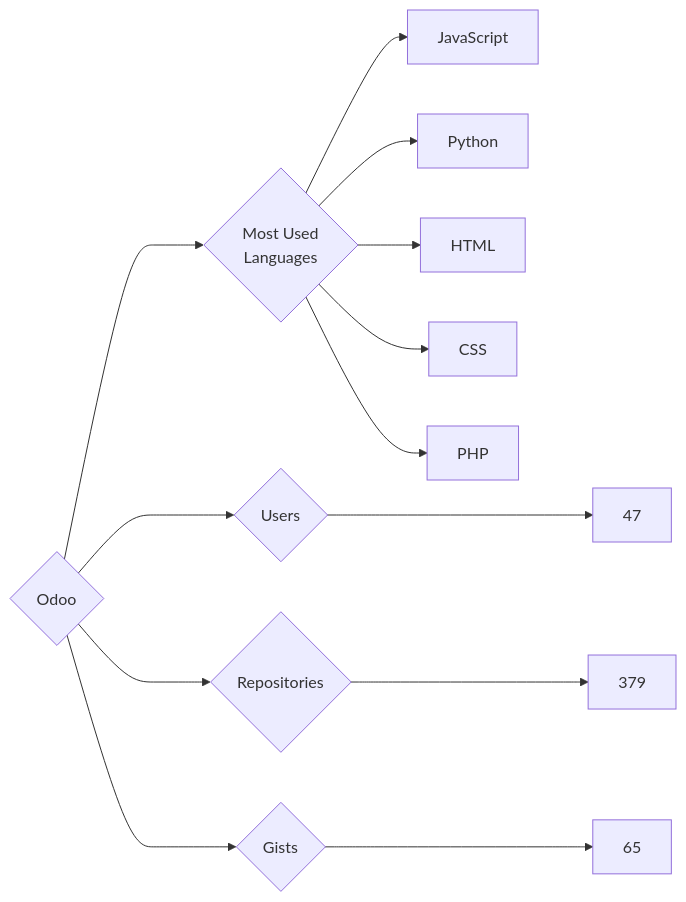
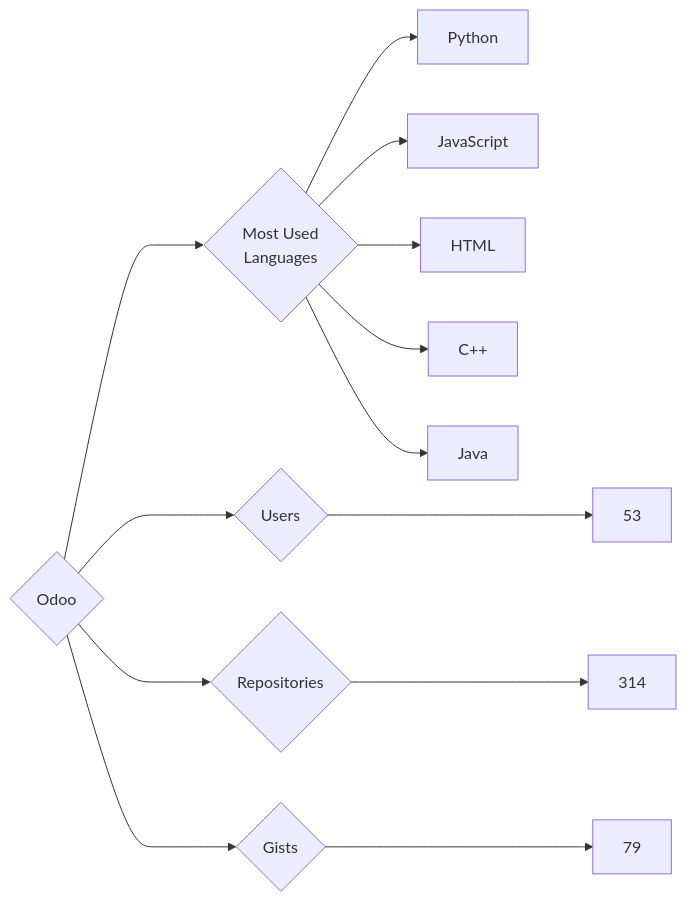
One commit to trickest/insiders changed the diagram in targets/Odoo/README.md. Above: the diagram before and after it, drawn with Mermaid. The commit also changed 794 other files, not shown here.

````diff
--- a/targets/Odoo/README.md
+++ b/targets/Odoo/README.md
@@ -3,13 +3,13 @@
 ```mermaid
 graph LR
 COMPANY_NAME{Odoo}
-COMPANY_NAME ---> U{Users} ---> UN[47]
-COMPANY_NAME ---> R{Repositories} ---> RN[379]
-COMPANY_NAME ---> G{Gists} ---> GN[65]
+COMPANY_NAME ---> U{Users} ---> UN[53]
+COMPANY_NAME ---> R{Repositories} ---> RN[314]
+COMPANY_NAME ---> G{Gists} ---> GN[79]
 COMPANY_NAME ---> ML{Most Used<br>Languages}
+ML --> Python[Python]
 ML --> JavaScript[JavaScript]
-ML --> Python[Python]
 ML --> HTML[HTML]
-ML --> CSS[CSS]
-ML --> PHP[PHP]
+ML --> C++[C++]
+ML --> Java[Java]
 ```
````
